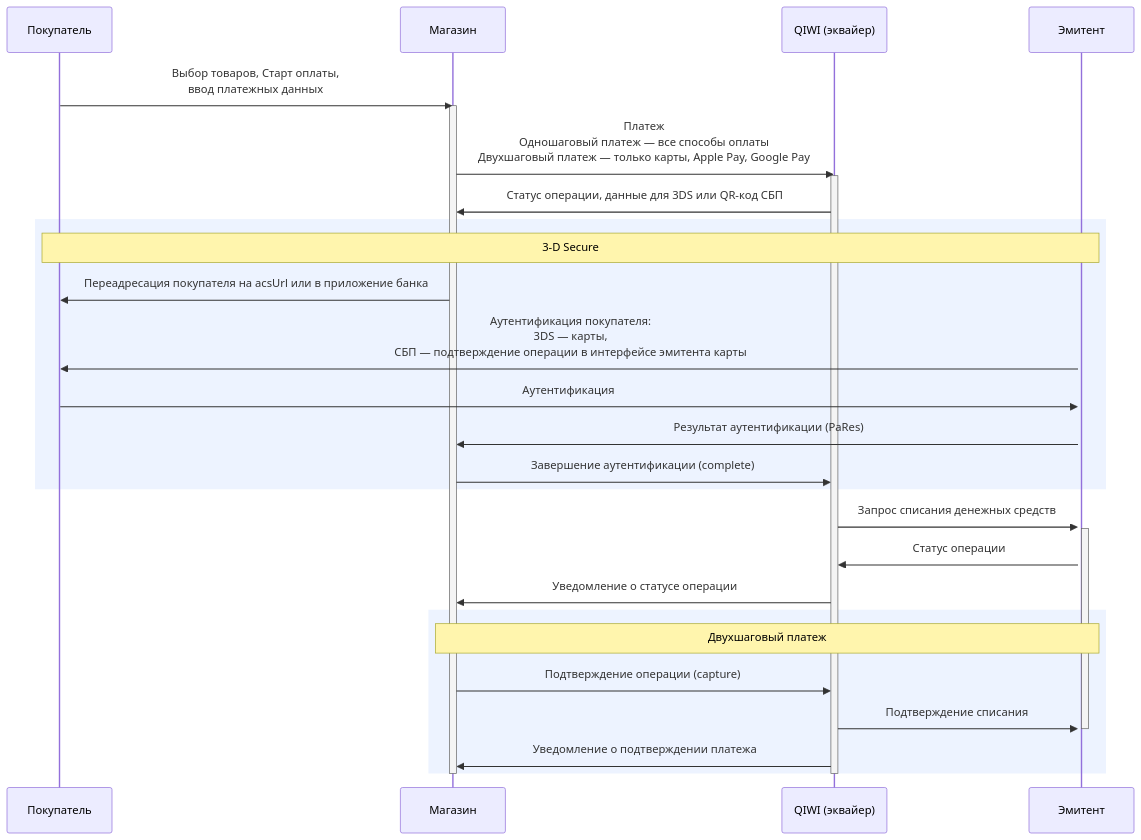
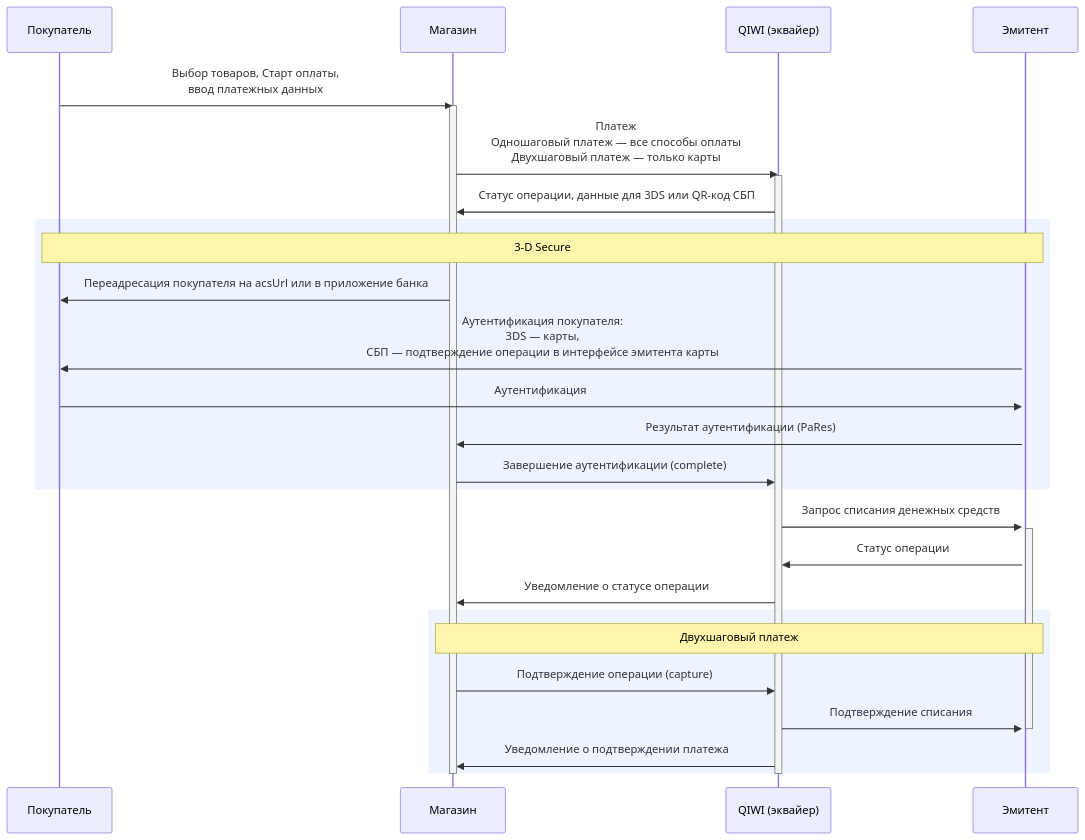
One commit to QIWI-API/payments-docs changed the diagram in _merchant-form_ru.html.md. Above: the diagram before and after it, drawn with Mermaid. The commit also changed other lines of this file and 25 other files, not shown here.

```diff
--- a/_merchant-form_ru.html.md
+++ b/_merchant-form_ru.html.md
@@ -19,34 +18,34 @@
 <div class="mermaid">
 sequenceDiagram
 participant customer as Покупатель
 participant store as Магазин
 participant qb as QIWI (эквайер)
 participant ips as Эмитент
 customer->>store:Выбор товаров, Старт оплаты,<br/>ввод платежных данных
 activate store
-store->>qb:Платеж<br/>Одношаговый платеж — все способы оплаты<br/>Двухшаговый платеж — только карты, Apple Pay, Google Pay
+store->>qb:Платеж<br/>Одношаговый платеж — все способы оплаты<br/>Двухшаговый платеж — только карты
 activate qb
 qb->>store:Статус операции, данные для 3DS или QR-код СБП
 rect rgb(237, 243, 255)
 Note over customer, ips:3-D Secure
 store->>customer:Переадресация покупателя на acsUrl или в приложение банка
 activate ips
 ips->>customer:Аутентификация покупателя:<br/>3DS — карты,<br/>СБП — подтверждение операции в интерфейсе эмитента карты
 customer->>ips:Аутентификация
 ips->>store:Результат аутентификации (PaRes)
 store->>qb:Завершение аутентификации (complete)
 end
 qb->>ips:Запрос списания денежных средств
 activate ips
 ips->>qb:Статус операции
 qb->>store:Уведомление о статусе операции
 rect rgb(237, 243, 255)
 Note over store, ips:Двухшаговый платеж
 store->>qb:Подтверждение операции (capture)
 qb->>ips:Подтверждение списания
 deactivate ips
 qb->>store:Уведомление о подтверждении платежа
 end
 deactivate qb
 deactivate store
 </div>
```
